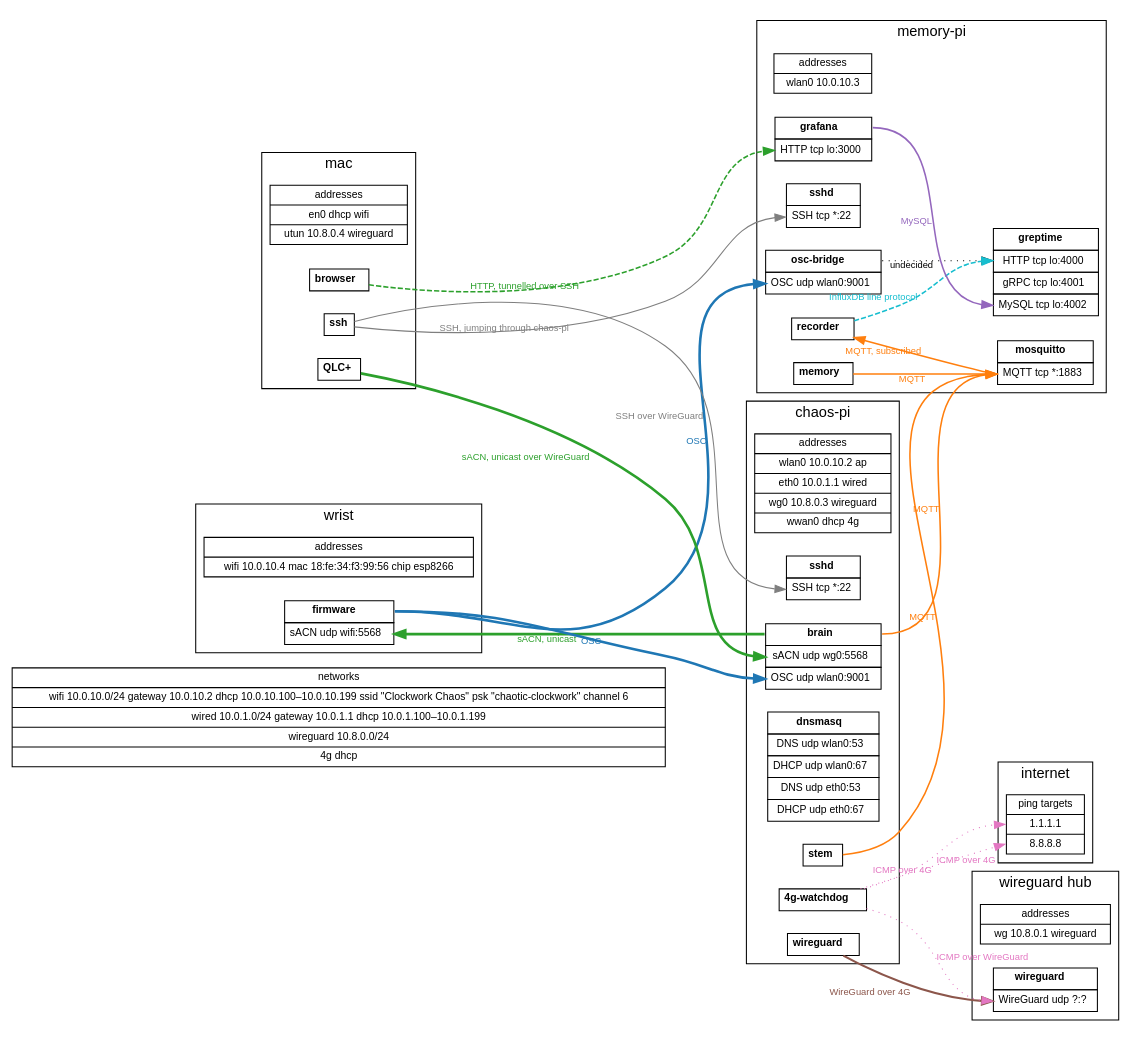
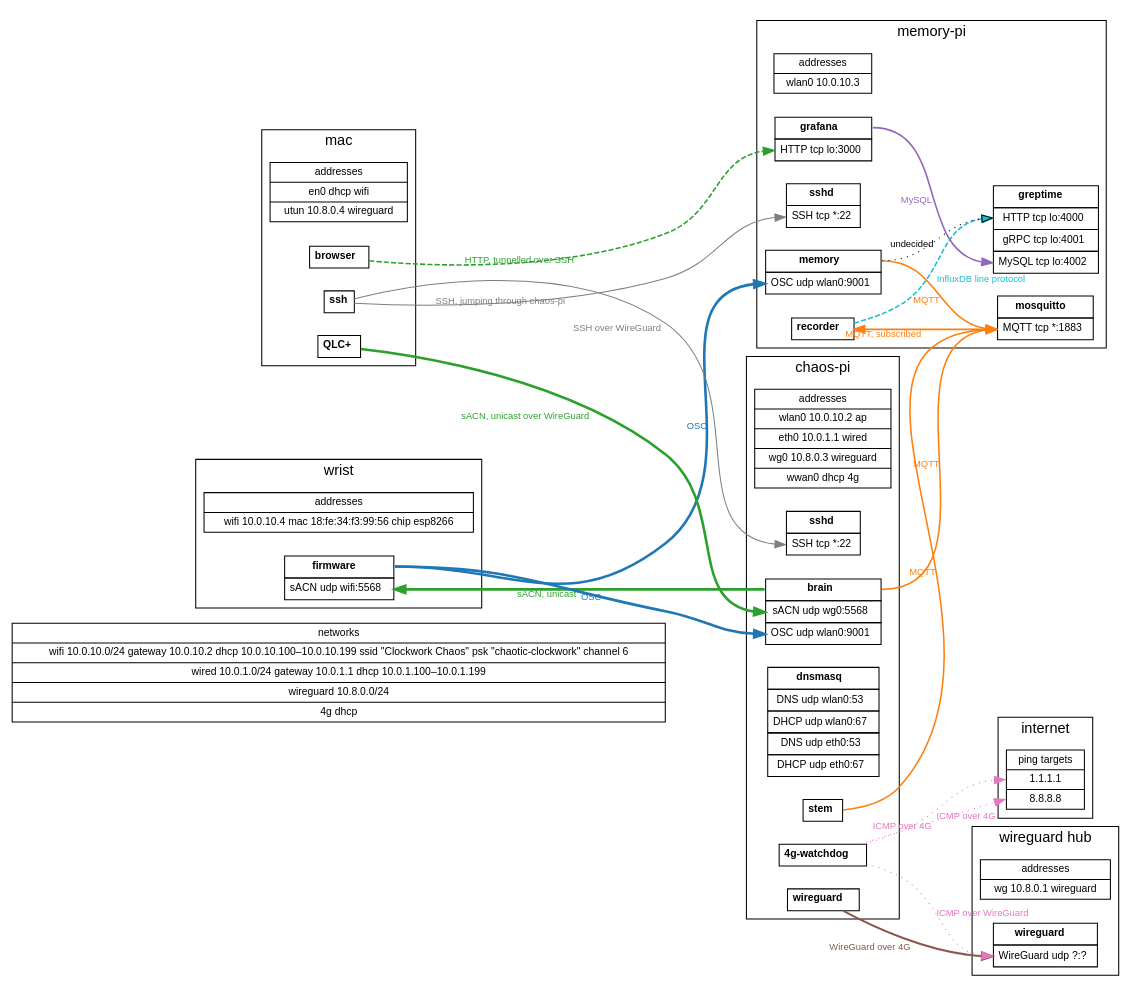
The diagram in clockwork.dot (kjkoster/tensegrity-open-claw), drawn with Graphviz before and after one commit. The commit also changed 5 other files, not shown here.

```diff
--- a/clockwork.dot
+++ b/clockwork.dot
@@ -92,15 +92,12 @@
             <tr><td port="title"><b>mosquitto</b></td></tr>
             <tr><td port="mqtt">MQTT tcp *:1883</td></tr>
         </table>>];
-        memory_pi_osc_bridge [label=<<table border="0" cellborder="1" cellspacing="0" cellpadding="4">
-            <tr><td port="title"><b>osc-bridge</b></td></tr>
-            <tr><td port="osc">OSC udp wlan0:9001</td></tr>
-        </table>>];
         memory_pi_recorder [label=<<table border="0" cellborder="1" cellspacing="0" cellpadding="4">
             <tr><td port="title"><b>recorder</b></td></tr>
         </table>>];
         memory_pi_memory [label=<<table border="0" cellborder="1" cellspacing="0" cellpadding="4">
             <tr><td port="title"><b>memory</b></td></tr>
+            <tr><td port="osc">OSC udp wlan0:9001</td></tr>
         </table>>];
         memory_pi_greptime [label=<<table border="0" cellborder="1" cellspacing="0" cellpadding="4">
             <tr><td port="title"><b>greptime</b></td></tr>
@@ -179,7 +176,7 @@
     subgraph osc {
         edge [color="#1f77b4", fontcolor="#1f77b4", penwidth=2.5];
         wrist_firmware:title -> chaos_pi_brain:osc       [xlabel="OSC"];
-        wrist_firmware:title -> memory_pi_osc_bridge:osc [xlabel="OSC"];
+        wrist_firmware:title -> memory_pi_memory:osc     [xlabel="OSC"];
     }
 
     subgraph mqtt {
@@ -225,6 +222,6 @@
 
     subgraph undecided {
         edge [color="#000000", fontcolor="#000000", penwidth=1, style=dotted, arrowhead=empty];
-        memory_pi_osc_bridge:title -> memory_pi_greptime:http [xlabel="undecided"];
+        memory_pi_memory:title -> memory_pi_greptime:http [xlabel="undecided"];
     }
 }
```
